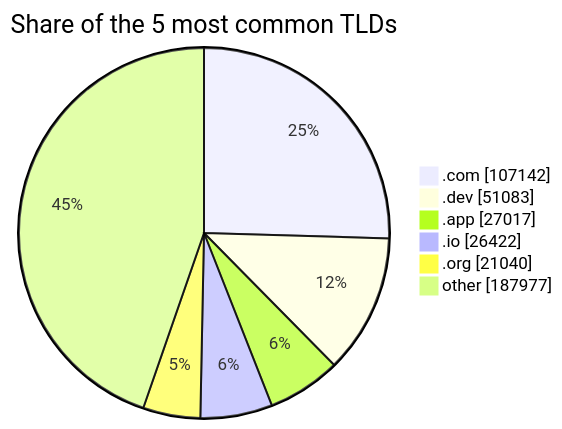
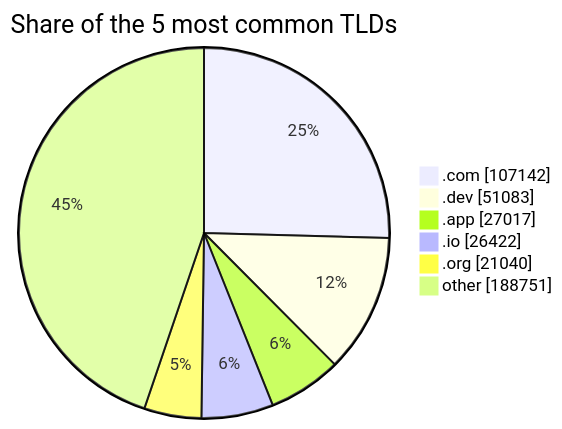
One commit to DNSBunker/CTI changed the third of 3 diagrams in README.md. Above: the diagram before and after it, drawn with Mermaid. The commit also changed other lines of this file and 3 other files, not shown here.

````diff
--- a/README.md
+++ b/README.md
@@ -81,9 +81,9 @@
 ```mermaid
 pie showData title Share of the 5 most common TLDs
     ".com" : 107142
     ".dev" : 51083
     ".app" : 27017
     ".io" : 26422
     ".org" : 21040
-    "other" : 187977
+    "other" : 188751
 ```
````
